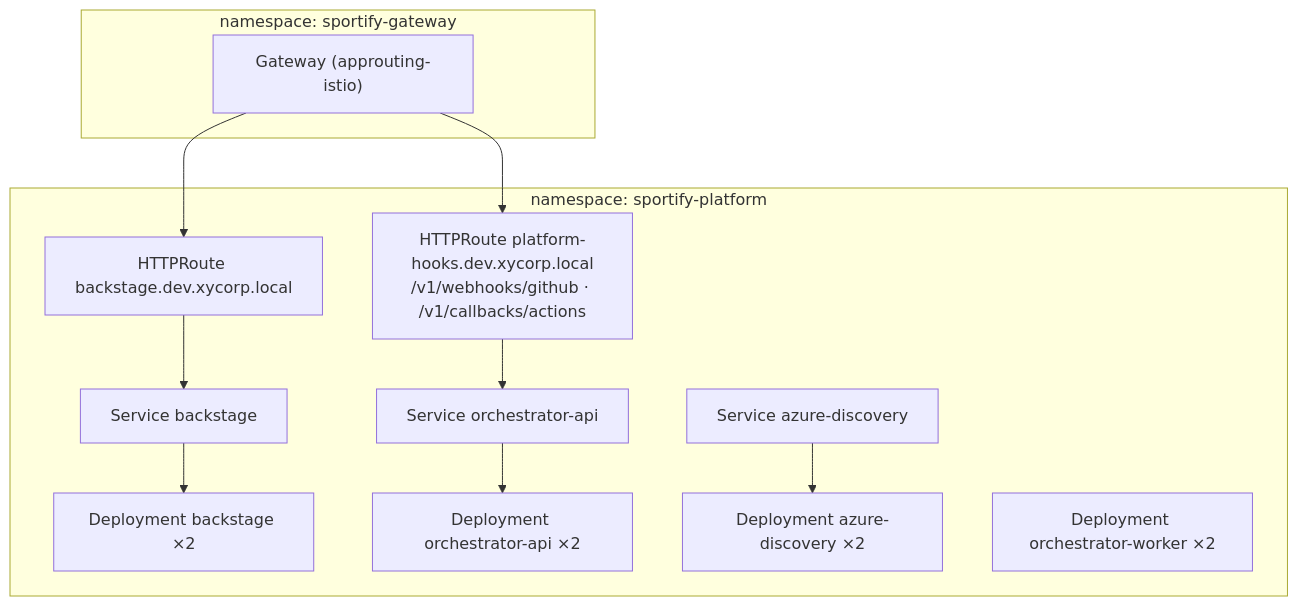
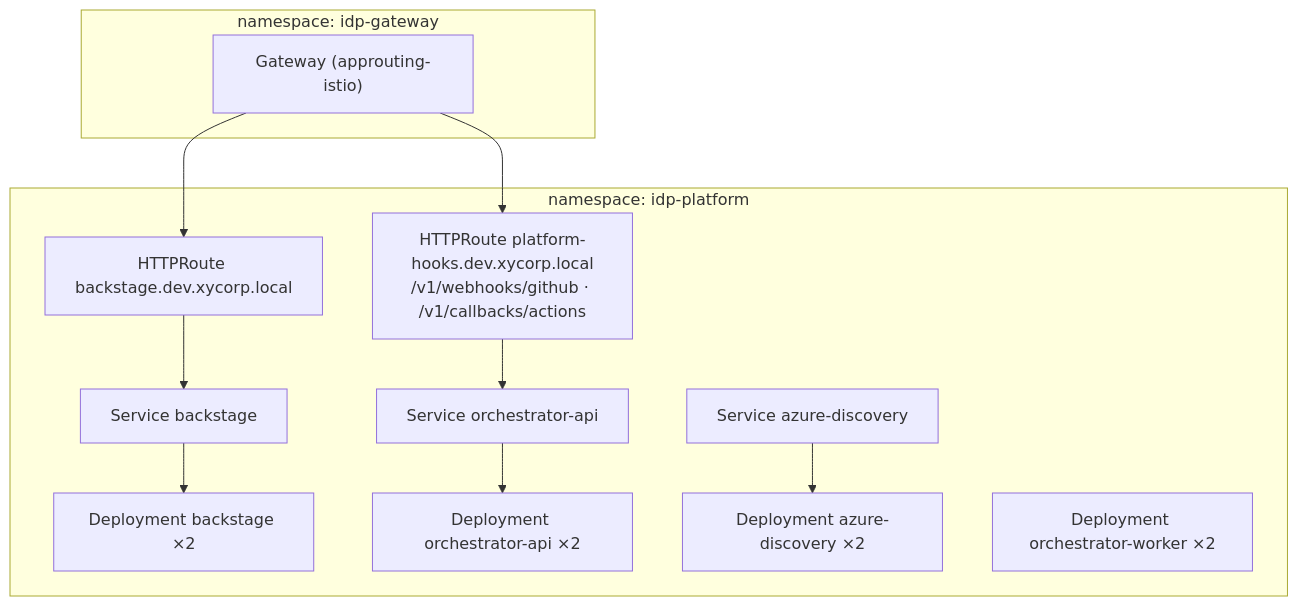
The second of 2 diagrams in docs/architecture/microservices.md (nixvarghese01/azure-backstage-goldenpath), drawn with Mermaid before and after one commit. The commit also changed other lines of this file and 183 other files, not shown here.

````diff
--- a/docs/architecture/microservices.md
+++ b/docs/architecture/microservices.md
@@ -160,16 +160,16 @@
 ```mermaid
 flowchart TB
-    subgraph GWNS["namespace: sportify-gateway"]
+    subgraph GWNS["namespace: idp-gateway"]
         GW["Gateway (approuting-istio)"]
     end
-    subgraph NS["namespace: sportify-platform"]
+    subgraph NS["namespace: idp-platform"]
         R1["HTTPRoute backstage.dev.xycorp.local"] --> SBS[Service backstage]
         R2["HTTPRoute platform-hooks.dev.xycorp.local<br/>/v1/webhooks/github · /v1/callbacks/actions"] --> SOA[Service orchestrator-api]
         SBS --> PBS["Deployment backstage ×2"]
         SOA --> POA["Deployment orchestrator-api ×2"]
         SD[Service azure-discovery] --> PD["Deployment azure-discovery ×2"]
         PW["Deployment orchestrator-worker ×2"]
     end
     GW --> R1
     GW --> R2
 ```
````
